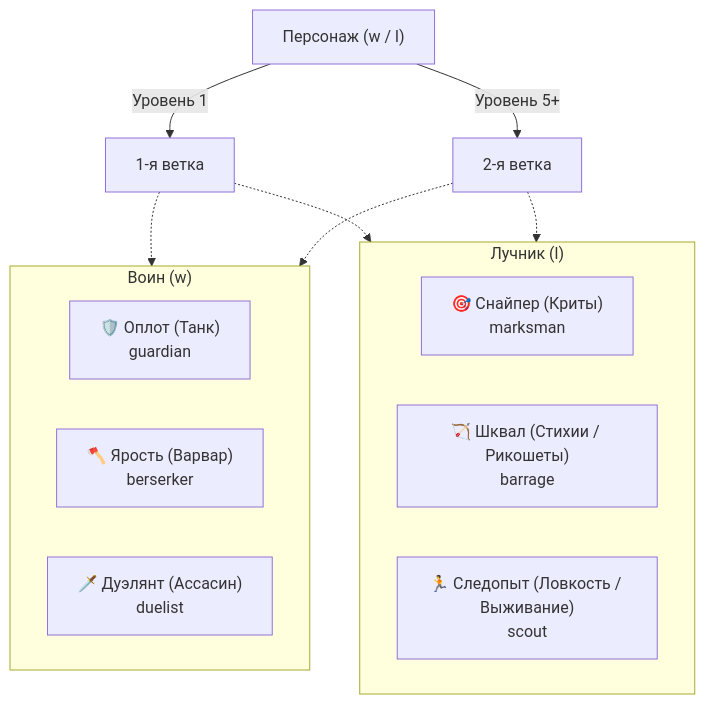
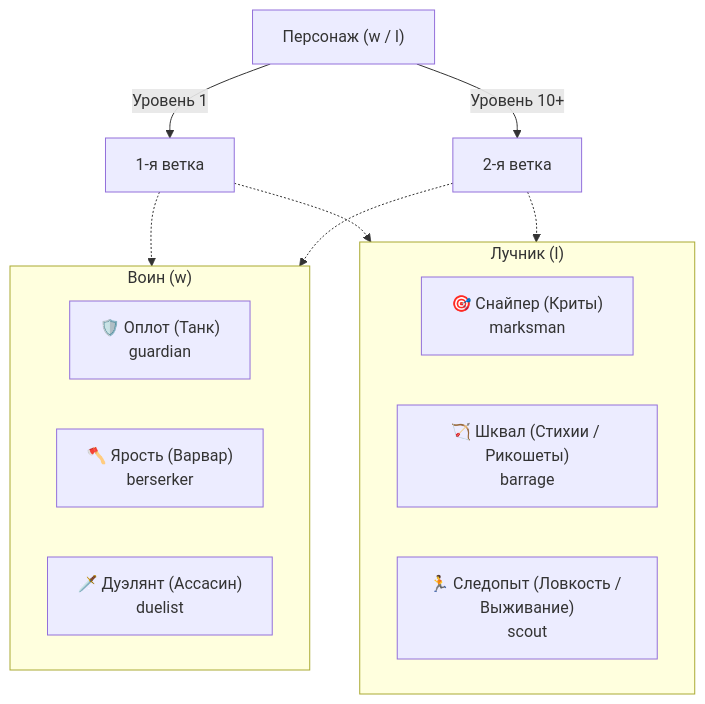
Before and after one commit to fwo-online/fwo-tg: the diagram in docs/agents/warrior-archer-skills.md, drawn with Mermaid. The commit also changed other lines of this file and 43 other files, not shown here.

````diff
--- a/docs/agents/warrior-archer-skills.md
+++ b/docs/agents/warrior-archer-skills.md
@@ -282,21 +292,21 @@
 ```mermaid
 graph TD
     subgraph Warrior["Воин (w)"]
         W1["🛡️ Оплот (Танк)<br>guardian"]
         W2["🪓 Ярость (Варвар)<br>berserker"]
         W3["🗡️ Дуэлянт (Ассасин)<br>duelist"]
     end
 
     subgraph Archer["Лучник (l)"]
         A1["🎯 Снайпер (Криты)<br>marksman"]
         A2["🏹 Шквал (Стихии / Рикошеты)<br>barrage"]
         A3["🏃 Следопыт (Ловкость / Выживание)<br>scout"]
     end
 
     Char["Персонаж (w / l)"] -->|Уровень 1| S1["1-я ветка"]
-    Char -->|Уровень 5+| S2["2-я ветка"]
+    Char -->|Уровень 10+| S2["2-я ветка"]
     S1 -.-> Warrior
     S1 -.-> Archer
     S2 -.-> Warrior
     S2 -.-> Archer
 ```
````
